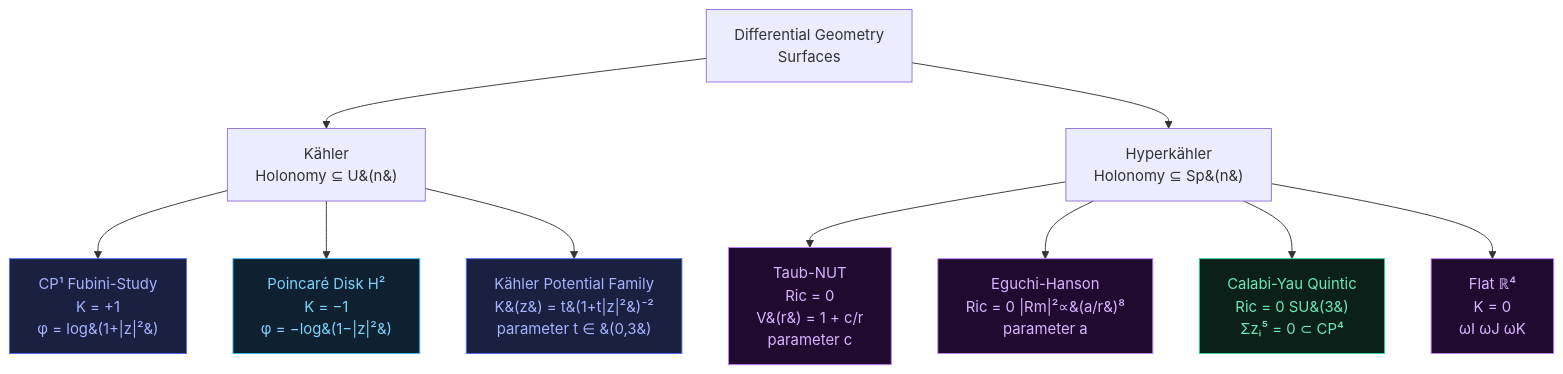
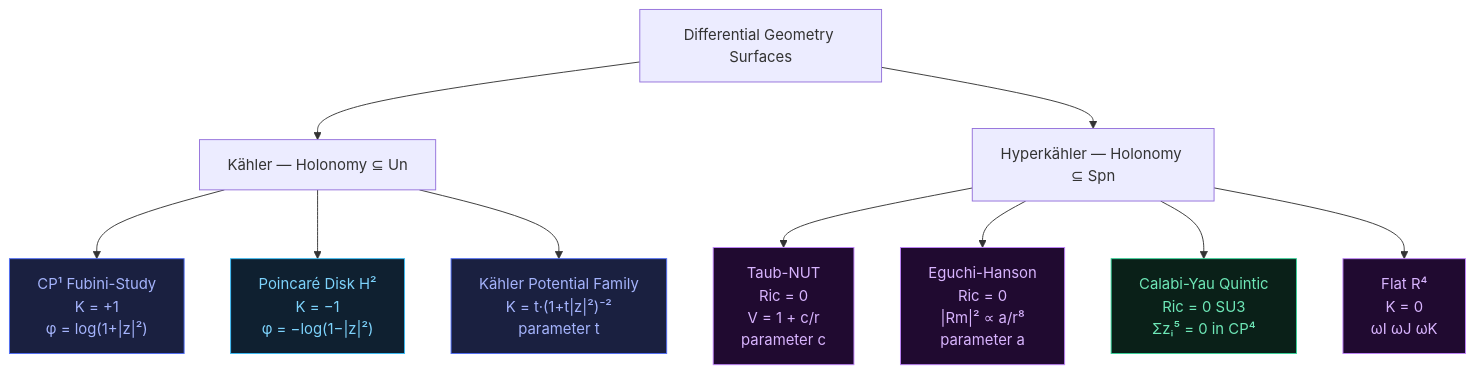
One commit to subunits/AI-x3d changed the fifth of 5 diagrams in README.md. Above: the diagram before and after it, drawn with Mermaid.

````diff
--- a/README.md
+++ b/README.md
@@ -252,22 +252,22 @@
 ```mermaid
 flowchart TD
-    ROOT[Differential Geometry\nSurfaces] --> K[Kähler\nHolonomy ⊆ U&#40;n&#41;]
-    ROOT --> HK[Hyperkähler\nHolonomy ⊆ Sp&#40;n&#41;]
+    ROOT["Differential Geometry Surfaces"] --> K["Kähler — Holonomy ⊆ Un"]
+    ROOT --> HK["Hyperkähler — Holonomy ⊆ Spn"]
 
-    K --> FS["CP¹ Fubini-Study\nK = +1\nφ = log&#40;1+|z|²&#41;"]
-    K --> PD["Poincaré Disk H²\nK = −1\nφ = −log&#40;1−|z|²&#41;"]
-    K --> KF["Kähler Potential Family\nK&#40;z&#41; = t&#40;1+t|z|²&#41;⁻²\nparameter t ∈ &#40;0,3&#41;"]
+    K --> FS["CP¹ Fubini-Study<br/>K = +1<br/>φ = log(1+|z|²)"]
+    K --> PD["Poincaré Disk H²<br/>K = −1<br/>φ = −log(1−|z|²)"]
+    K --> KF["Kähler Potential Family<br/>K = t·(1+t|z|²)⁻²<br/>parameter t"]
 
-    HK --> TN["Taub-NUT\nRic = 0\nV&#40;r&#41; = 1 + c/r\nparameter c"]
-    HK --> EH["Eguchi-Hanson\nRic = 0  |Rm|²∝&#40;a/r&#41;⁸\nparameter a"]
-    HK --> CY["Calabi-Yau Quintic\nRic = 0  SU&#40;3&#41;\nΣzᵢ⁵ = 0 ⊂ CP⁴"]
-    HK --> FL["Flat ℝ⁴\nK = 0\nωI ωJ ωK"]
+    HK --> TN["Taub-NUT<br/>Ric = 0<br/>V = 1 + c/r<br/>parameter c"]
+    HK --> EH["Eguchi-Hanson<br/>Ric = 0<br/>|Rm|² ∝ a/r⁸<br/>parameter a"]
+    HK --> CY["Calabi-Yau Quintic<br/>Ric = 0  SU3<br/>Σzᵢ⁵ = 0 in CP⁴"]
+    HK --> FL["Flat R⁴<br/>K = 0<br/>ωI ωJ ωK"]
 
     style FS  fill:#1a2040,stroke:#4f6ef7,color:#a5b4fc
     style PD  fill:#0f2030,stroke:#38bdf8,color:#7dd3fc
     style KF  fill:#1a2040,stroke:#4f6ef7,color:#a5b4fc
     style TN  fill:#200a30,stroke:#c084fc,color:#d8b4fe
     style EH  fill:#200a30,stroke:#c084fc,color:#d8b4fe
     style CY  fill:#0a2018,stroke:#34d399,color:#6ee7b7
     style FL  fill:#200a30,stroke:#c084fc,color:#d8b4fe
 ```
````
